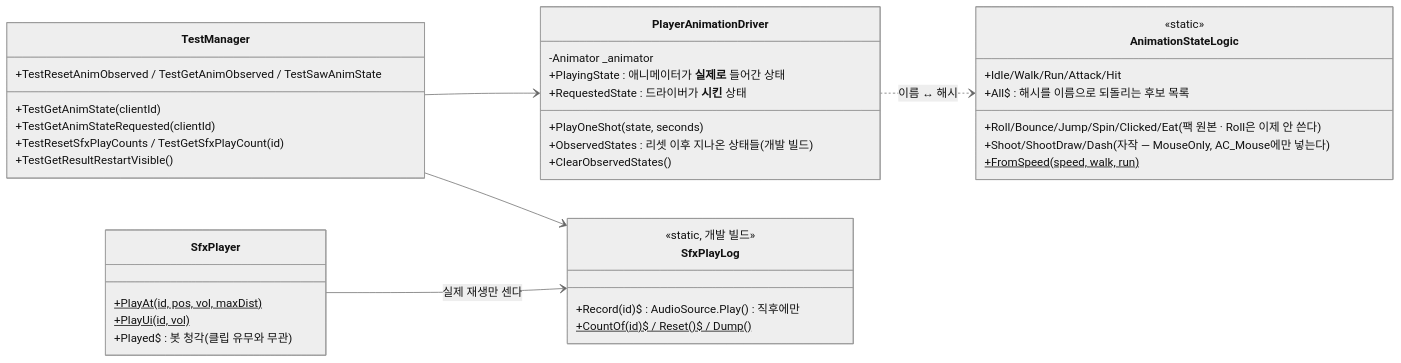
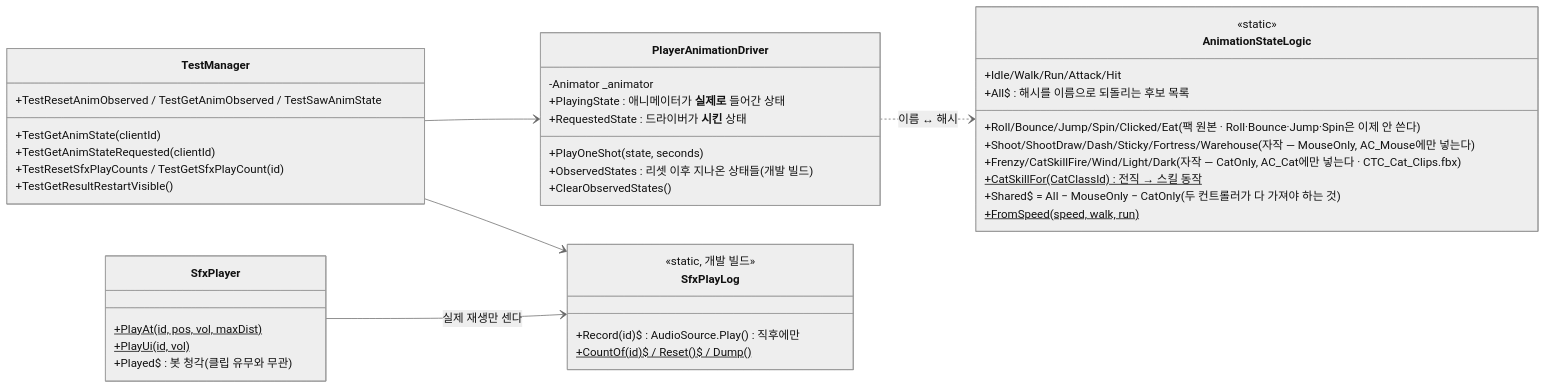
One commit to JeahanPark/The-Cheese-Thief-and-the-Cat changed diagram 33 of 53 in CTC/docs/design-vault/코드 다이어그램.md. Above: the diagram before and after it, drawn with Mermaid (neutral theme). The commit also changed other lines of this file and 69 other files, not shown here.

````diff
--- a/CTC/docs/design-vault/코드 다이어그램.md
+++ b/CTC/docs/design-vault/코드 다이어그램.md
@@ -2281,42 +2314,45 @@
 ```mermaid
 classDiagram
     direction LR
     class AnimationStateLogic {
         <<static>>
         +Idle/Walk/Run/Attack/Hit
-        +Roll/Bounce/Jump/Spin/Clicked/Eat (팩 원본 · Roll은 이제 안 쓴다)
-        +Shoot/ShootDraw/Dash (자작 — MouseOnly, AC_Mouse에만 넣는다)
+        +Roll/Bounce/Jump/Spin/Clicked/Eat (팩 원본 · Roll·Bounce·Jump·Spin은 이제 안 쓴다)
+        +Shoot/ShootDraw/Dash/Sticky/Fortress/Warehouse (자작 — MouseOnly, AC_Mouse에만 넣는다)
+        +Frenzy/CatSkillFire/Wind/Light/Dark (자작 — CatOnly, AC_Cat에만 넣는다 · CTC_Cat_Clips.fbx)
+        +CatSkillFor(CatClassId)$ 전직 → 스킬 동작
+        +Shared$ = All − MouseOnly − CatOnly (두 컨트롤러가 다 가져야 하는 것)
         +All$ : 해시를 이름으로 되돌리는 후보 목록
         +FromSpeed(speed, walk, run)$
     }
     class PlayerAnimationDriver {
         -Animator _animator
         +PlayOneShot(state, seconds)
         +PlayingState : 애니메이터가 **실제로** 들어간 상태
         +RequestedState : 드라이버가 **시킨** 상태
         +ObservedStates : 리셋 이후 지나온 상태들(개발 빌드)
         +ClearObservedStates()
     }
     class SfxPlayer {
         +PlayAt(id, pos, vol, maxDist)$
         +PlayUi(id, vol)$
         +Played$ : 봇 청각(클립 유무와 무관)
     }
     class SfxPlayLog {
         <<static, 개발 빌드>>
         +Record(id)$ : AudioSource.Play() 직후에만
         +CountOf(id)$ / Reset()$ / Dump()$
     }
     class TestManager {
         +TestGetAnimState(clientId)
         +TestGetAnimStateRequested(clientId)
         +TestResetAnimObserved / TestGetAnimObserved / TestSawAnimState
         +TestResetSfxPlayCounts / TestGetSfxPlayCount(id)
         +TestGetResultRestartVisible()
     }
 
     PlayerAnimationDriver ..> AnimationStateLogic : 이름 ↔ 해시
     SfxPlayer --> SfxPlayLog : 실제 재생만 센다
     TestManager --> PlayerAnimationDriver
     TestManager --> SfxPlayLog
 ```
````
